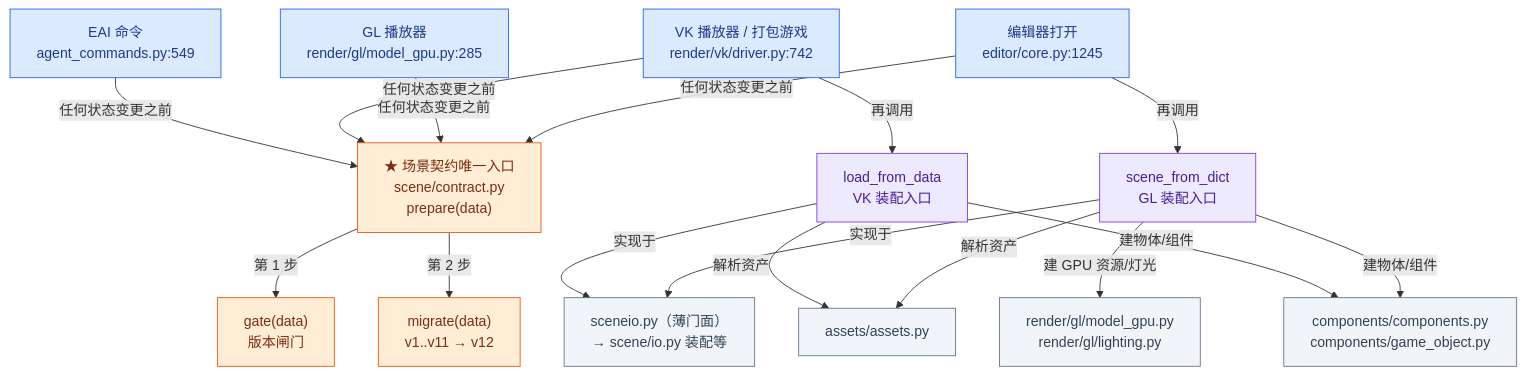
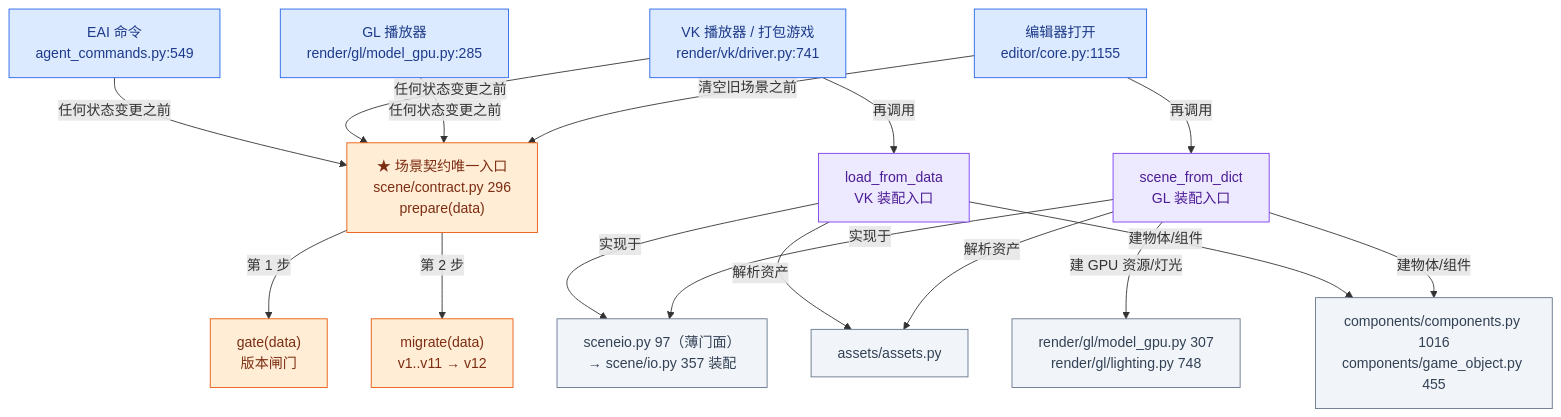
Before and after one commit to lhy302/WeaveEngine: the sixth of 23 diagrams in ARCHITECTURE.md, drawn with Mermaid. The commit also changed other lines of this file, not shown here.

First line of the commit message:
docs: 架构图 v4 —— 按 HEAD d156cee 真实状态统一重画 23 张 Mermaid 图

````diff
--- a/ARCHITECTURE.md
+++ b/ARCHITECTURE.md
@@ -257,35 +293,35 @@
 ```mermaid
 flowchart TB
-  E1["编辑器打开<br/>editor/core.py:1245"]:::entry
+  E1["编辑器打开<br/>editor/core.py:1155"]:::entry
   E2["GL 播放器<br/>render/gl/model_gpu.py:285"]:::entry
-  E3["VK 播放器 / 打包游戏<br/>render/vk/driver.py:742"]:::entry
+  E3["VK 播放器 / 打包游戏<br/>render/vk/driver.py:741"]:::entry
   E4["EAI 命令<br/>agent_commands.py:549"]:::entry
-  C["★ 场景契约唯一入口<br/>scene/contract.py<br/>prepare(data)"]:::contract
+  C["★ 场景契约唯一入口<br/>scene/contract.py 296<br/>prepare(data)"]:::contract
   G1["gate(data)<br/>版本闸门"]:::contract
   G2["migrate(data)<br/>v1..v11 → v12"]:::contract
   A1["scene_from_dict<br/>GL 装配入口"]:::facade
   A2["load_from_data<br/>VK 装配入口"]:::facade
-  F1["sceneio.py（薄门面）<br/>→ scene/io.py 装配等"]:::file
+  F1["sceneio.py 97（薄门面）<br/>→ scene/io.py 357 装配"]:::file
   F2["assets/assets.py"]:::file
-  F3["components/components.py<br/>components/game_object.py"]:::file
-  F4["render/gl/model_gpu.py<br/>render/gl/lighting.py"]:::file
-  E1 -->|任何状态变更之前| C
+  F3["components/components.py 1016<br/>components/game_object.py 455"]:::file
+  F4["render/gl/model_gpu.py 307<br/>render/gl/lighting.py 748"]:::file
+  E1 -->|清空旧场景之前| C
   E2 -->|任何状态变更之前| C
   E3 -->|任何状态变更之前| C
   E4 -->|任何状态变更之前| C
   C -->|第 1 步| G1
   C -->|第 2 步| G2
   E1 -->|再调用| A1
   E3 -->|再调用| A2
   A1 -->|实现于| F1
   A2 -->|实现于| F1
   A1 -->|解析资产| F2
   A2 -->|解析资产| F2
   A1 -->|建物体/组件| F3
   A1 -->|建 GPU 资源/灯光| F4
   A2 -->|建物体/组件| F3
   classDef entry fill:#dbeafe,stroke:#2563eb,color:#1e3a8a
   classDef facade fill:#ede9fe,stroke:#7c3aed,color:#4c1d95
   classDef contract fill:#ffedd5,stroke:#ea580c,color:#7c2d12
   classDef file fill:#f1f5f9,stroke:#64748b,color:#334155
 ```
````
